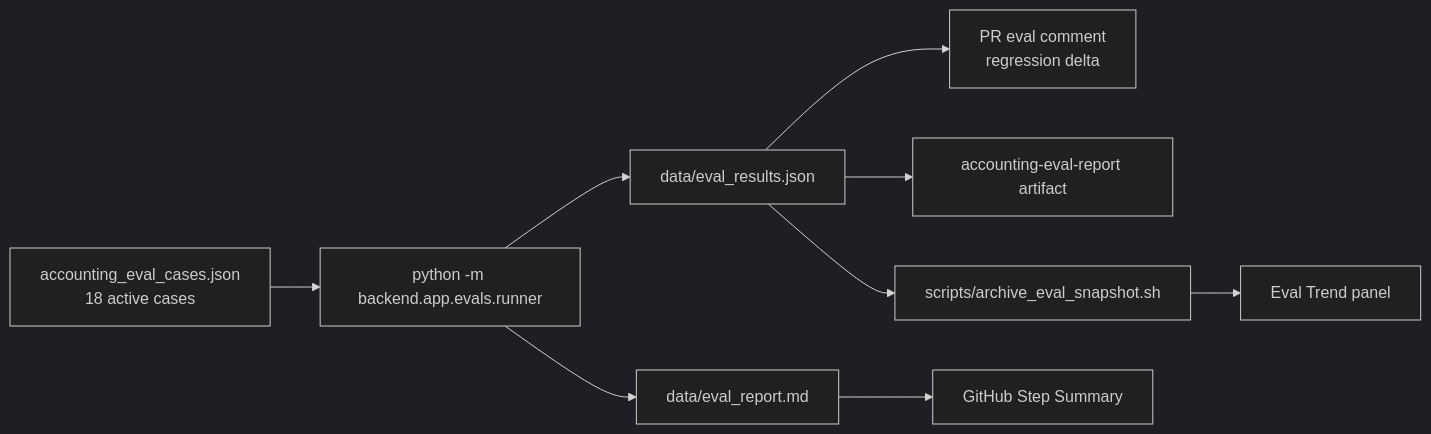
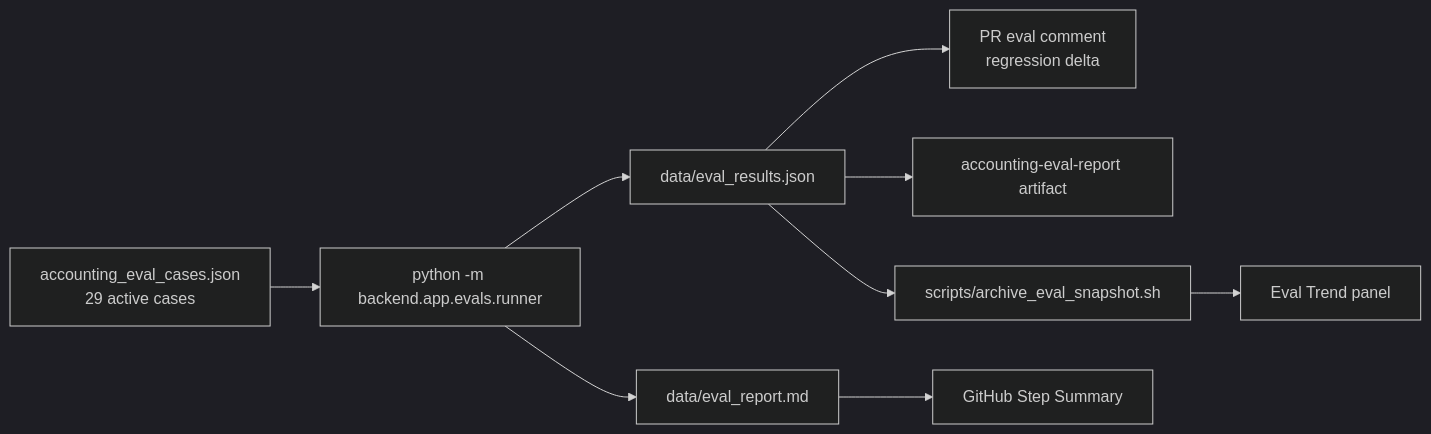
One commit to JassonG-xt/Trust-RAG-Accounting changed the sixth of 6 diagrams in docs/architecture.md. Above: the diagram before and after it, drawn with Mermaid (dark theme). The commit also changed 21 other files, not shown here.

````diff
--- a/docs/architecture.md
+++ b/docs/architecture.md
@@ -153,11 +153,11 @@
 ```mermaid
 flowchart LR
-    CASES["accounting_eval_cases.json<br/>18 active cases"] --> RUNNER["python -m backend.app.evals.runner"]
+    CASES["accounting_eval_cases.json<br/>29 active cases"] --> RUNNER["python -m backend.app.evals.runner"]
     RUNNER --> RESULTS["data/eval_results.json"]
     RUNNER --> REPORT["data/eval_report.md"]
     RESULTS --> COMMENT["PR eval comment<br/>regression delta"]
     REPORT --> SUMMARY["GitHub Step Summary"]
     RESULTS --> ARTIFACT["accounting-eval-report artifact"]
     RESULTS --> HISTORY["scripts/archive_eval_snapshot.sh"]
     HISTORY --> DASH["Eval Trend panel"]
 ```
````
